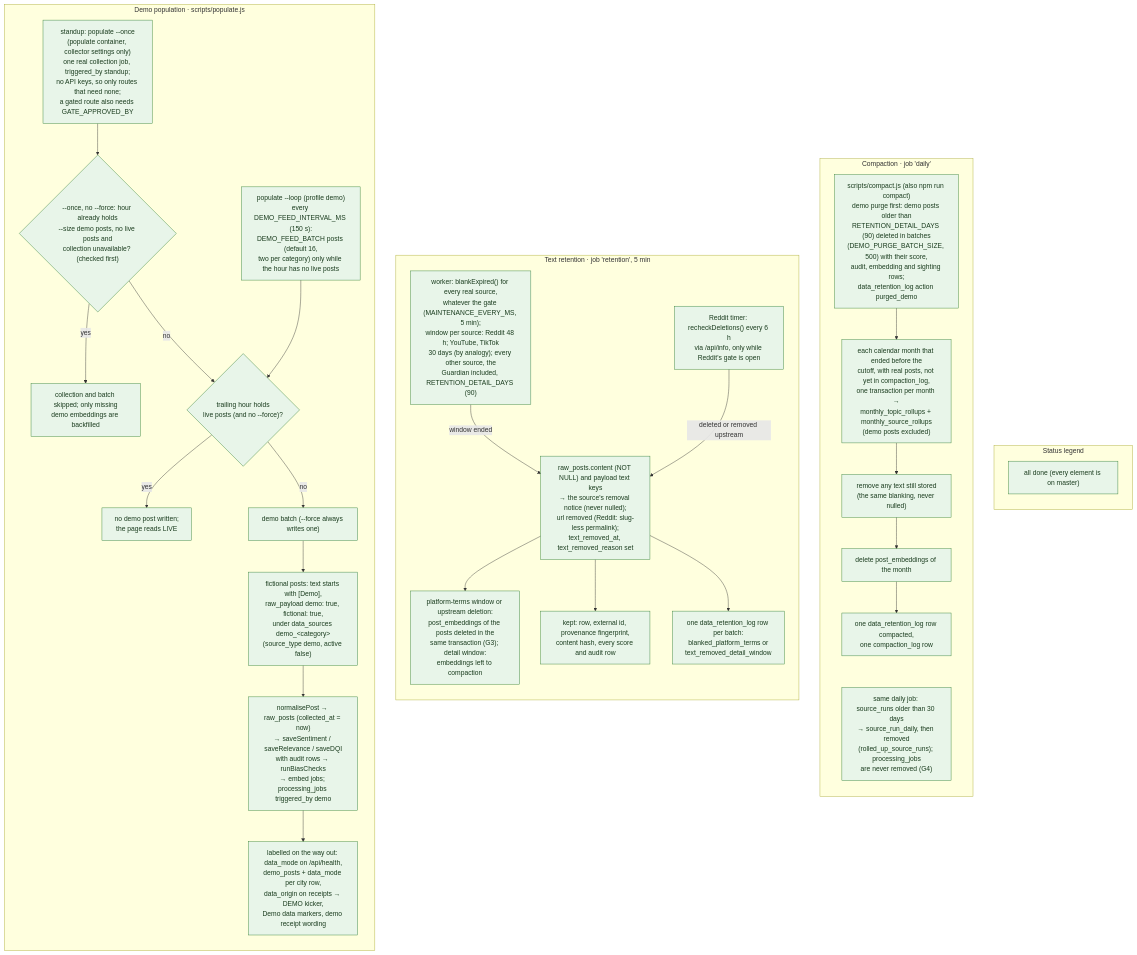
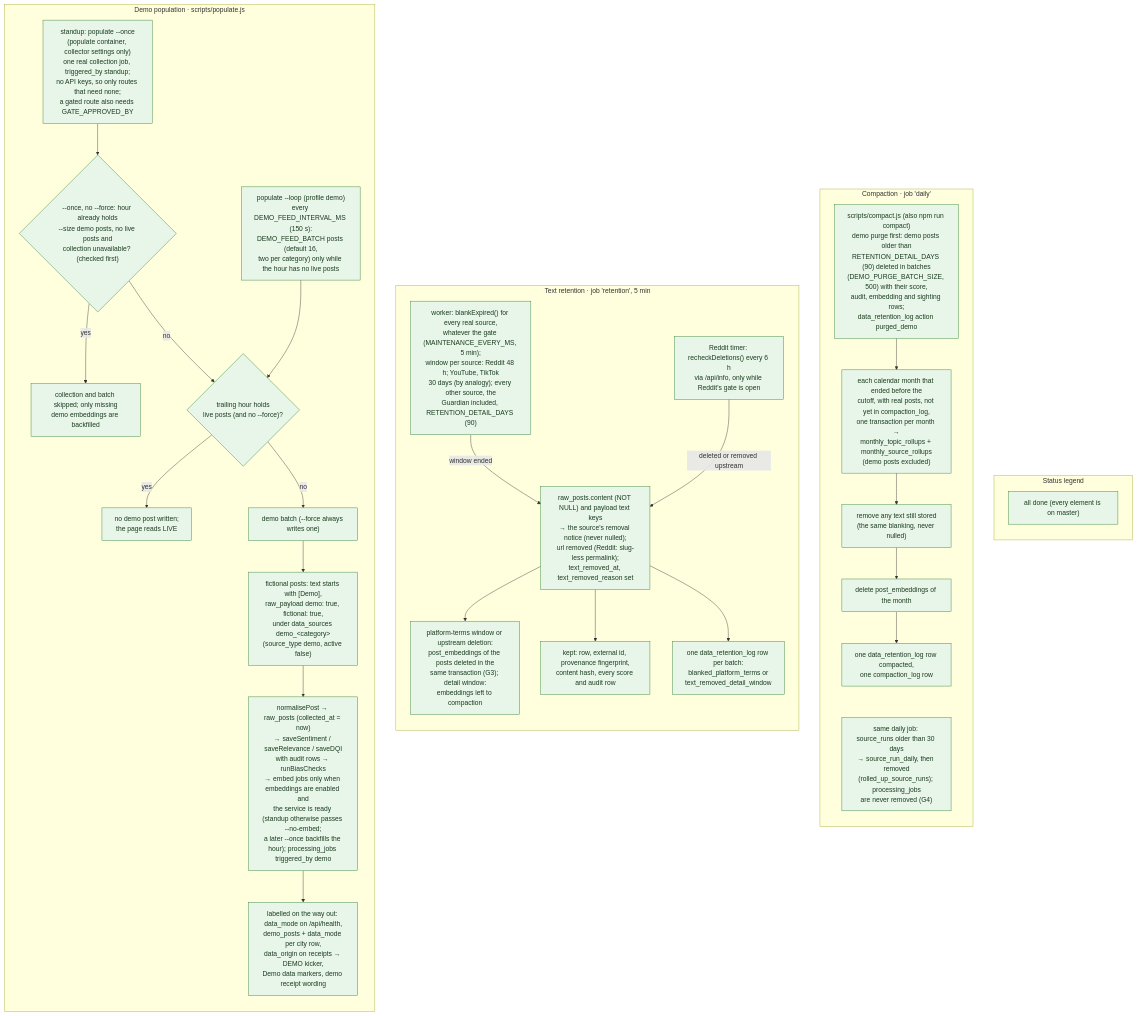
The diagram in docs/diagrams/flows/data-flow-demo-and-retention.mmd (jennifer-mckinney/pulse-of-ai), drawn with Mermaid before and after one commit. The commit also changed 10 other files, not shown here.

First line of the commit message:
Docs: demo embeddings depend on the service; fallback receipts only skip the API

```diff
--- a/docs/diagrams/flows/data-flow-demo-and-retention.mmd
+++ b/docs/diagrams/flows/data-flow-demo-and-retention.mmd
@@ -1,61 +1,61 @@
 %% Title: Data flow · demo population and retention
 %% Summary: The demo fallback path (fictional posts through the real scorers, labelled DEMO end to end) and the retention flows run by the worker's maintenance jobs: text removal by blanking (platform-terms windows, the Reddit deletion re-check, the detail window), the demo purge, monthly compaction and the source_runs rollup.
 %% Sources: scripts/populate.js, scripts/standup.sh, docker-compose.yml (populate, collector settings), src/config/data-mode.js, src/config/source-registry.js (retentionHours, sourceStatus), src/workers/maintenance.worker.js, src/workers/start.js, src/collectors/retention.js, src/collectors/run-retention.js, src/collectors/reddit/{maintenance,recheck}.js, scripts/compact.js; migrations 005, 025, 031, 034, 039. Spec: TECHNICAL_SPEC.md section 19 (layered retention); ADR 0001 ruling 9; PR #22 decisions G3, G4, G5.
 flowchart LR
 
   subgraph DEMO["Demo population · scripts/populate.js"]
     direction TB
     M1["standup: populate --once<br/>(populate container, collector settings only)<br/>one real collection job, triggered_by standup;<br/>no API keys, so only routes that need none;<br/>a gated route also needs GATE_APPROVED_BY"]:::done
     M2{"trailing hour holds<br/>live posts (and no --force)?"}:::done
     M3["demo batch (--force always writes one)"]:::done
     M9{"--once, no --force: hour already holds<br/>--size demo posts, no live posts and<br/>collection unavailable? (checked first)"}:::done
     M4["populate --loop (profile demo)<br/>every DEMO_FEED_INTERVAL_MS (150 s):<br/>DEMO_FEED_BATCH posts (default 16,<br/>two per category) only while the hour has no live posts"]:::done
     M5["fictional posts: text starts with [Demo],<br/>raw_payload demo: true, fictional: true,<br/>under data_sources demo_#lt;category#gt;<br/>(source_type demo, active false)"]:::done
-    M6["normalisePost → raw_posts (collected_at = now)<br/>→ saveSentiment / saveRelevance / saveDQI<br/>with audit rows → runBiasChecks<br/>→ embed jobs; processing_jobs triggered_by demo"]:::done
+    M6["normalisePost → raw_posts (collected_at = now)<br/>→ saveSentiment / saveRelevance / saveDQI<br/>with audit rows → runBiasChecks<br/>→ embed jobs only when embeddings are enabled and<br/>the service is ready (standup otherwise passes --no-embed;<br/>a later --once backfills the hour); processing_jobs triggered_by demo"]:::done
     M7["labelled on the way out: data_mode on /api/health,<br/>demo_posts + data_mode per city row,<br/>data_origin on receipts → DEMO kicker,<br/>Demo data markers, demo receipt wording"]:::done
     M8["no demo post written;<br/>the page reads LIVE"]:::done
     M10["collection and batch skipped; only missing<br/>demo embeddings are backfilled"]:::done
     M1 --> M9
     M9 -- yes --> M10
     M9 -- no --> M2
     M2 -- yes --> M8
     M2 -- no --> M3 --> M5
     M4 --> M2
     M5 --> M6 --> M7
   end
 
   subgraph TEXT["Text retention · job 'retention', 5 min"]
     direction TB
     R1["worker: blankExpired() for every real source,<br/>whatever the gate (MAINTENANCE_EVERY_MS, 5 min);<br/>window per source: Reddit 48 h; YouTube, TikTok<br/>30 days (by analogy); every other source, the<br/>Guardian included, RETENTION_DETAIL_DAYS (90)"]:::done
     R2["Reddit timer: recheckDeletions() every 6 h<br/>via /api/info, only while Reddit's gate is open"]:::done
     R3["raw_posts.content (NOT NULL) and payload text keys<br/>→ the source's removal notice (never nulled);<br/>url removed (Reddit: slug-less permalink);<br/>text_removed_at, text_removed_reason set"]:::done
     R6["platform-terms window or upstream deletion:<br/>post_embeddings of the posts deleted in the<br/>same transaction (G3); detail window:<br/>embeddings left to compaction"]:::done
     R4["kept: row, external id, provenance fingerprint,<br/>content hash, every score and audit row"]:::done
     R5["one data_retention_log row per batch:<br/>blanked_platform_terms or<br/>text_removed_detail_window"]:::done
     R1 -- "window ended" --> R3
     R2 -- "deleted or removed upstream" --> R3
     R3 --> R6
     R3 --> R4
     R3 --> R5
   end
 
   subgraph COMPACT["Compaction · job 'daily'"]
     direction TB
     P1["scripts/compact.js (also npm run compact)<br/>demo purge first: demo posts older than<br/>RETENTION_DETAIL_DAYS (90) deleted in batches<br/>(DEMO_PURGE_BATCH_SIZE, 500) with their score,<br/>audit, embedding and sighting rows;<br/>data_retention_log action purged_demo"]:::done
     P2["each calendar month that ended before the<br/>cutoff, with real posts, not yet in compaction_log,<br/>one transaction per month →<br/>monthly_topic_rollups + monthly_source_rollups<br/>(demo posts excluded)"]:::done
     P4["remove any text still stored<br/>(the same blanking, never nulled)"]:::done
     P3["delete post_embeddings of the month"]:::done
     P5["one data_retention_log row compacted,<br/>one compaction_log row"]:::done
     P6["same daily job: source_runs older than 30 days<br/>→ source_run_daily, then removed<br/>(rolled_up_source_runs); processing_jobs<br/>are never removed (G4)"]:::done
     P1 --> P2 --> P4 --> P3 --> P5
     P5 ~~~ P6
   end
 
   subgraph LEGEND["Status legend"]
     L1["all done (every element is on master)"]:::done
   end
 
   DEMO ~~~ TEXT ~~~ COMPACT ~~~ LEGEND
 
   classDef done fill:#e8f5e9,stroke:#2e7d32,color:#1b3d1f
   classDef planned fill:#f2f2f2,stroke:#8a8a8a,color:#4a4a4a,stroke-dasharray:2 3
```
